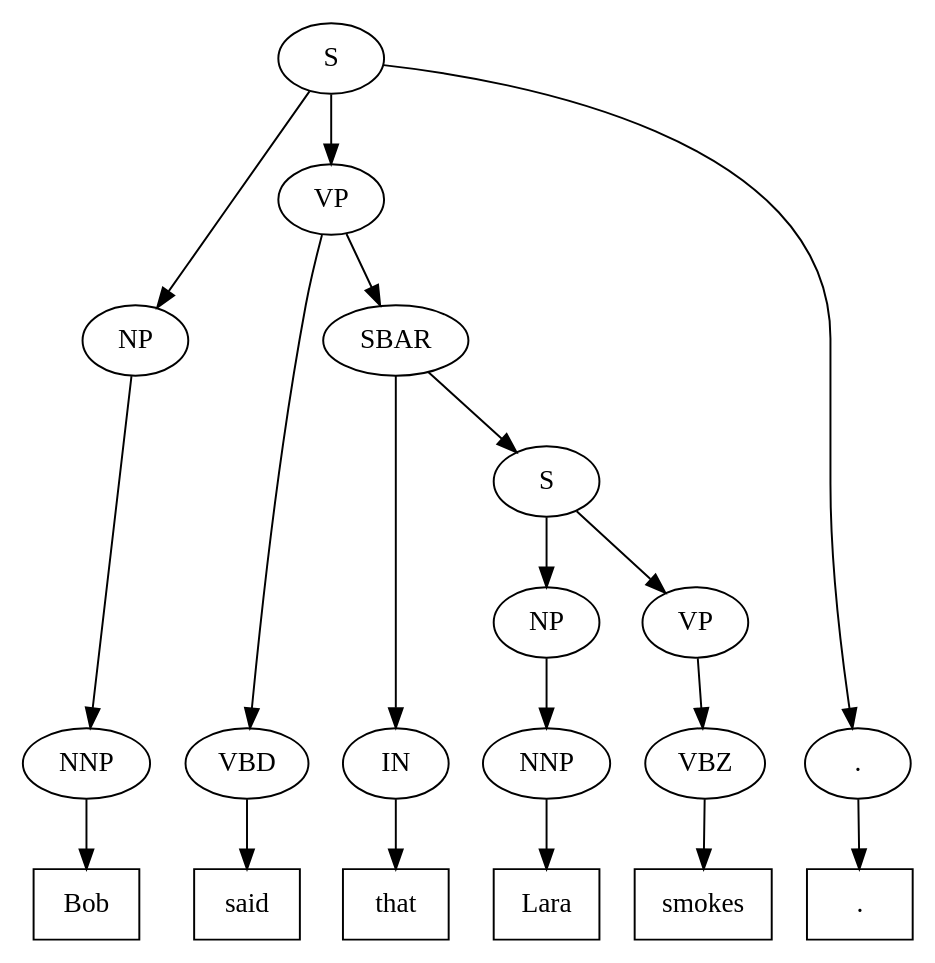
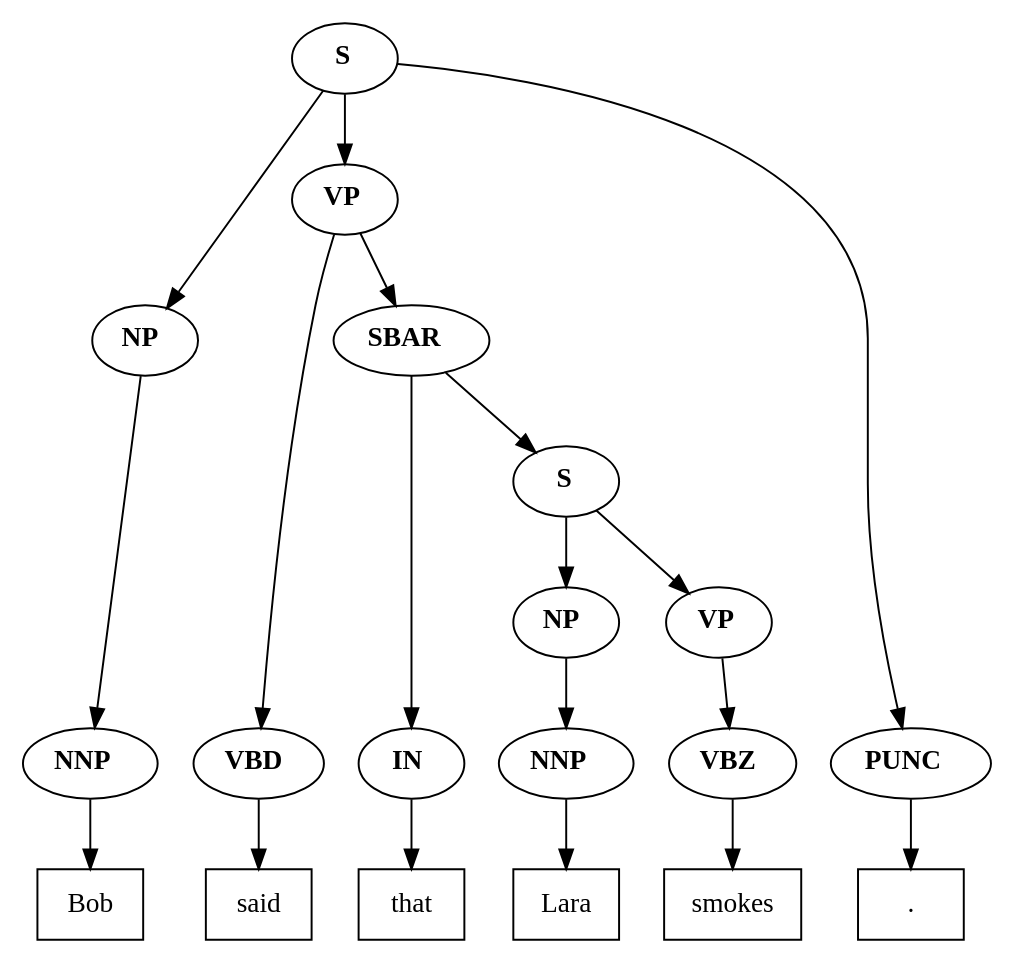
One commit to Mome/treepattern changed the diagram in paper/images/cluster_reference_parsetree.dot. Above: the diagram before and after it, drawn with Graphviz. The commit also changed 7 other files, not shown here.

```diff
--- a/paper/images/cluster_reference_parsetree.dot
+++ b/paper/images/cluster_reference_parsetree.dot
@@ -1,43 +1,43 @@
 digraph PropTree{
 //node [ranksep=0.5]
 //edge [weight=0.5]
-N3011233516 [label="S"]
-N3011235244 [label="NP"]
-N3011235372 [label="NNP"]
+N3011233516 [label=<<b>S</b>>]
+N3011235244 [label=<<b>NP</b>>]
+N3011235372 [label=<<b>NNP</b>>]
 T0 [shape=box, label="Bob"]
-N3011235340 [label="VP"]
-N3011235564 [label="VBD"]
+N3011235340 [label=<<b>VP</b>>]
+N3011235564 [label=<<b>VBD</b>>]
 T1 [shape=box, label="said"]
-N3011235660 [label="SBAR"]
-N3011235788 [label="IN"]
+N3011235660 [label=<<b>SBAR</b>>]
+N3011235788 [label=<<b>IN</b>>]
 T2 [shape=box, label="that"]
-N3011240012 [label="S"]
-N3011240140 [label="NP"]
-N3011240268 [label="NNP"]
+N3011240012 [label=<<b>S</b>>]
+N3011240140 [label=<<b>NP</b>>]
+N3011240268 [label=<<b>NNP</b>>]
 T3 [shape=box, label="Lara"]
-N3011240236 [label="VP"]
-N3011240460 [label="VBZ"]
+N3011240236 [label=<<b>VP</b>>]
+N3011240460 [label=<<b>VBZ</b>>]
 T4 [shape=box, label="smokes"]
-N3011235532 [label="."]
+N3011235532 [label=<<b>PUNC</b>>]
 T5 [shape=box, label="."]
 N3011233516 -> N3011235244
 N3011235244 -> N3011235372
 N3011235372 -> T0
 N3011233516 -> N3011235340
 N3011235340 -> N3011235564
 N3011235564 -> T1
 N3011235340 -> N3011235660
 N3011235660 -> N3011235788
 N3011235788 -> T2
 N3011235660 -> N3011240012
 N3011240012 -> N3011240140
 N3011240140 -> N3011240268
 N3011240268 -> T3
 N3011240012 -> N3011240236
 N3011240236 -> N3011240460
 N3011240460 -> T4
 N3011233516 -> N3011235532
 N3011235532 -> T5
 { rank=same; N3011235372, N3011235564, N3011235788, N3011240268, N3011240460, N3011235532}
 { rank=same; T0, T1, T2, T3, T4, T5}
 }
```
